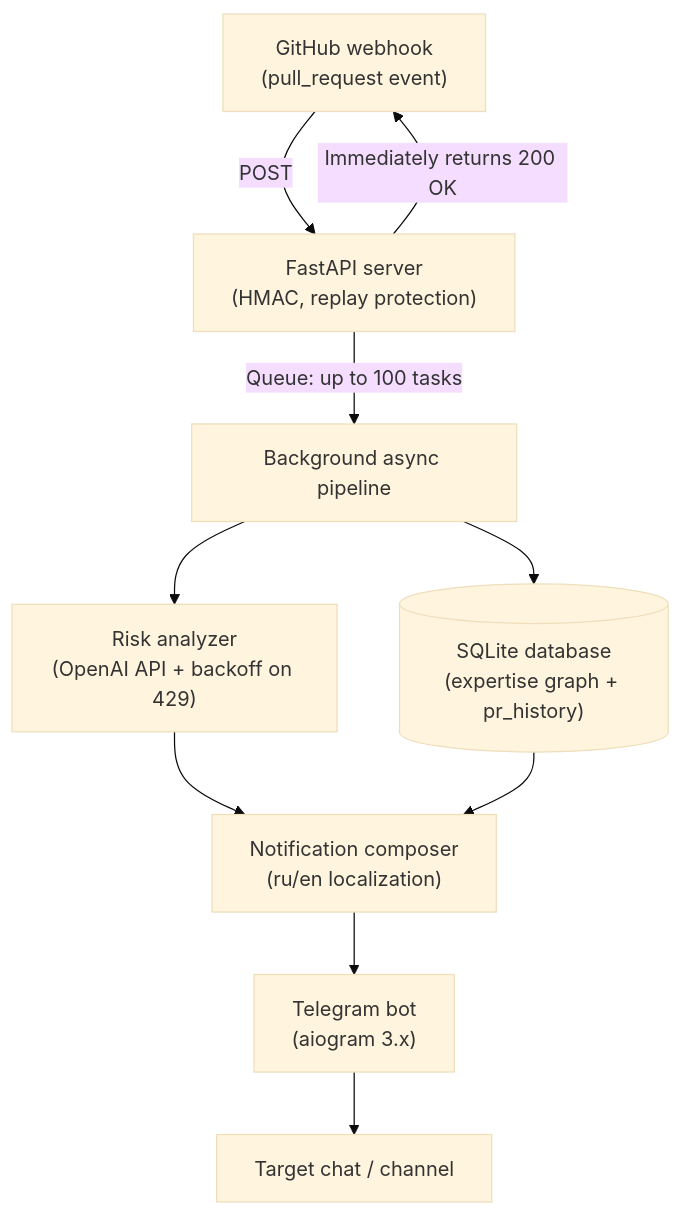
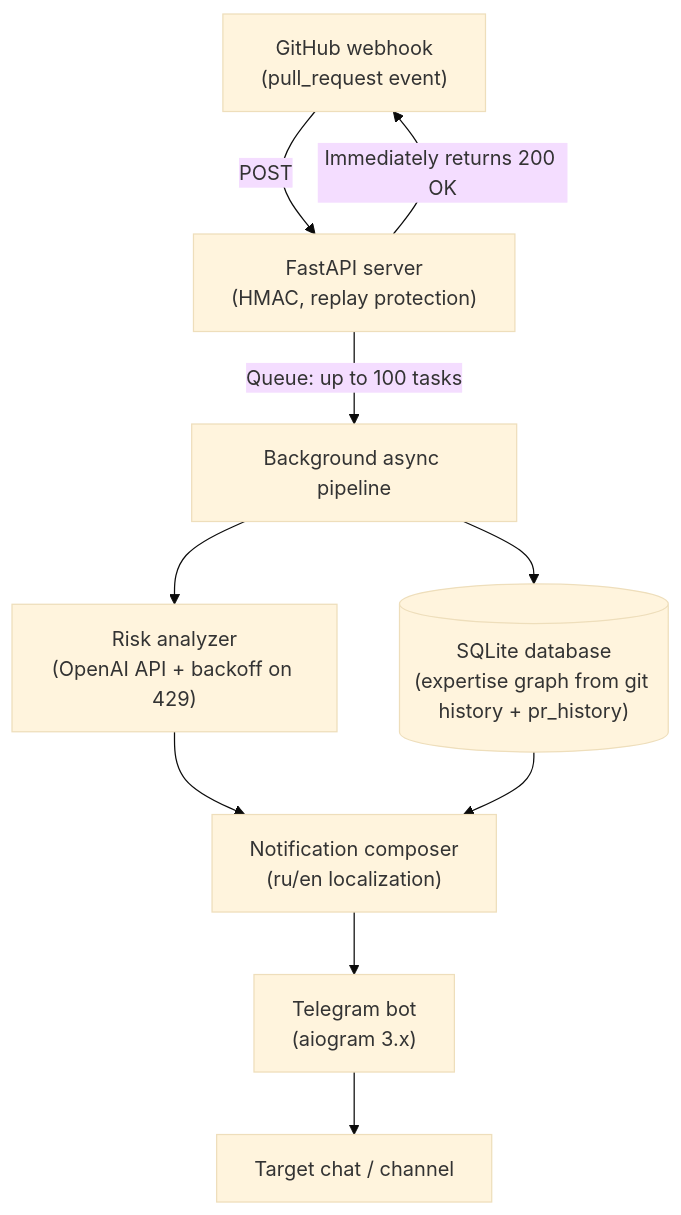
Before and after one commit to Undy19/PR-Sentinel: the diagram in README.md, drawn with Mermaid (base theme). The commit also changed 1 other file, not shown here.

Commit message:
docs(readme): note git-history source in diagram DB node

````diff
--- a/README.md
+++ b/README.md
@@ -27,15 +27,15 @@
 ```mermaid
 graph TD
     A["GitHub webhook<br/>(pull_request event)"] -->|POST| B["FastAPI server<br/>(HMAC, replay protection)"]
     B -->|Immediately returns 200 OK| A
     B -->|Queue: up to 100 tasks| C["Background async pipeline"]
 
     C --> D["Risk analyzer<br/>(OpenAI API + backoff on 429)"]
-    C --> E[("SQLite database<br/>(expertise graph + pr_history)")]
+    C --> E[("SQLite database<br/>(expertise graph from git history + pr_history)")]
 
     D --> F["Notification composer<br/>(ru/en localization)"]
     E --> F
 
     F --> G["Telegram bot<br/>(aiogram 3.x)"]
     G --> H["Target chat / channel"]
 ```
````
